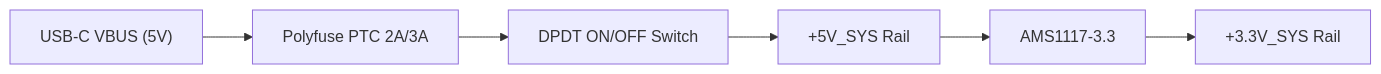
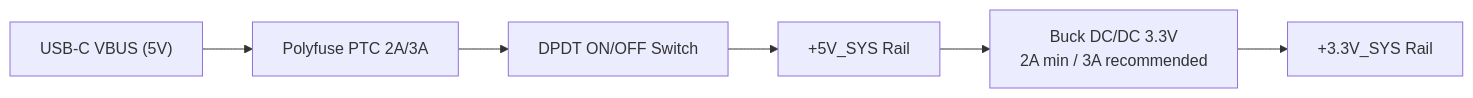
The second of 7 diagrams in README.md (supermomo31/PCE_colorlight_carrier), drawn with Mermaid before and after one commit. The commit also changed other lines of this file, not shown here.

````diff
--- a/README.md
+++ b/README.md
@@ -179,8 +179,8 @@
 ```mermaid
 graph LR
     USBC["USB-C VBUS (5V)"] --> FUSE["Polyfuse PTC 2A/3A"]
     FUSE --> SW["DPDT ON/OFF Switch"]
     SW --> V5["+5V_SYS Rail"]
-    V5 --> LDO["AMS1117-3.3"]
-    LDO --> V33["+3.3V_SYS Rail"]
+    V5 --> BUCK["Buck DC/DC 3.3V<br/>2A min / 3A recommended"]
+    BUCK --> V33["+3.3V_SYS Rail"]
 ```
````
